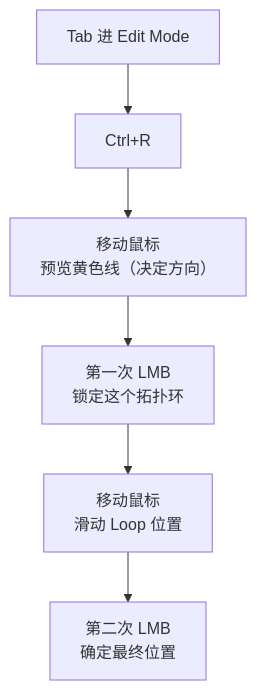
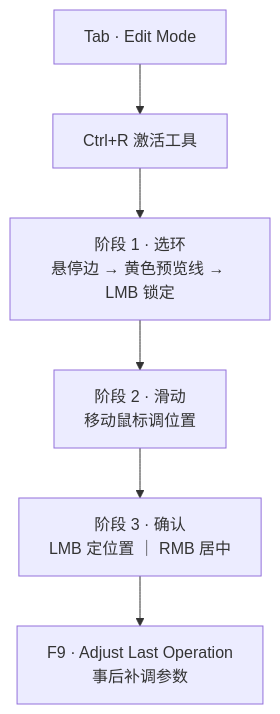
Before and after one commit to liuchamp/blenderdsv1: the third of 12 diagrams in Blender笔记/00-基础/05-环切与拓扑-Ctrl+R.md, drawn with Mermaid. The commit also changed other lines of this file and 16 other files, not shown here.

````diff
--- a/Blender笔记/00-基础/05-环切与拓扑-Ctrl+R.md
+++ b/Blender笔记/00-基础/05-环切与拓扑-Ctrl+R.md
@@ -45,8 +131,8 @@
 ```mermaid
 flowchart TD
-    S1["Tab 进 Edit Mode"] --> S2["Ctrl+R"]
-    S2 --> S3["移动鼠标<br/>预览黄色线（决定方向）"]
-    S3 --> S4["第一次 LMB<br/>锁定这个拓扑环"]
-    S4 --> S5["移动鼠标<br/>滑动 Loop 位置"]
-    S5 --> S6["第二次 LMB<br/>确定最终位置"]
+    S0["Tab · Edit Mode"] --> S1["Ctrl+R 激活工具"]
+    S1 --> S2["阶段 1 · 选环<br/>悬停边 → 黄色预览线 → LMB 锁定"]
+    S2 --> S3["阶段 2 · 滑动<br/>移动鼠标调位置"]
+    S3 --> S4["阶段 3 · 确认<br/>LMB 定位置 ｜ RMB 居中"]
+    S4 --> S5["F9 · Adjust Last Operation<br/>事后补调参数"]
 ```
````
